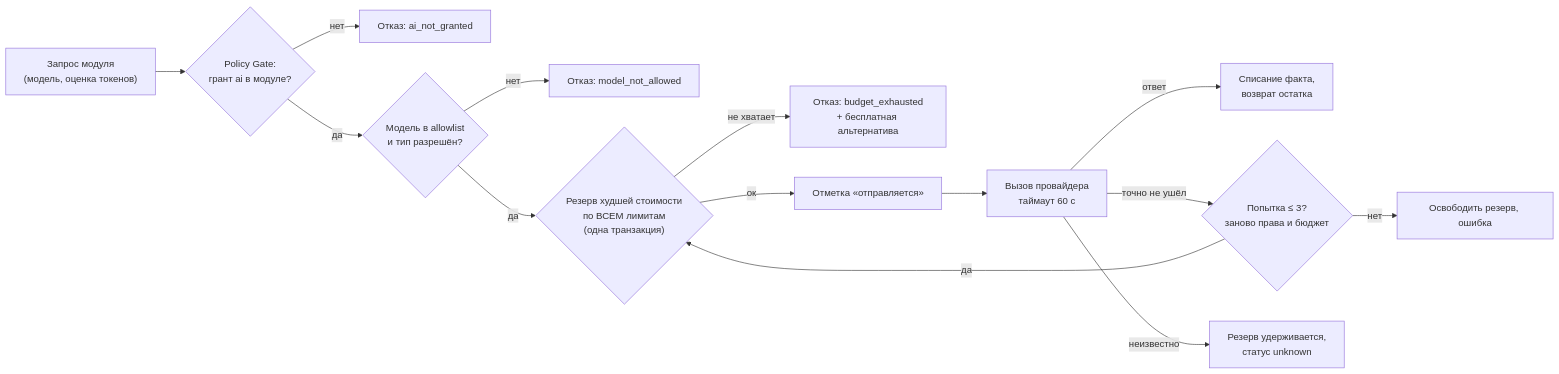
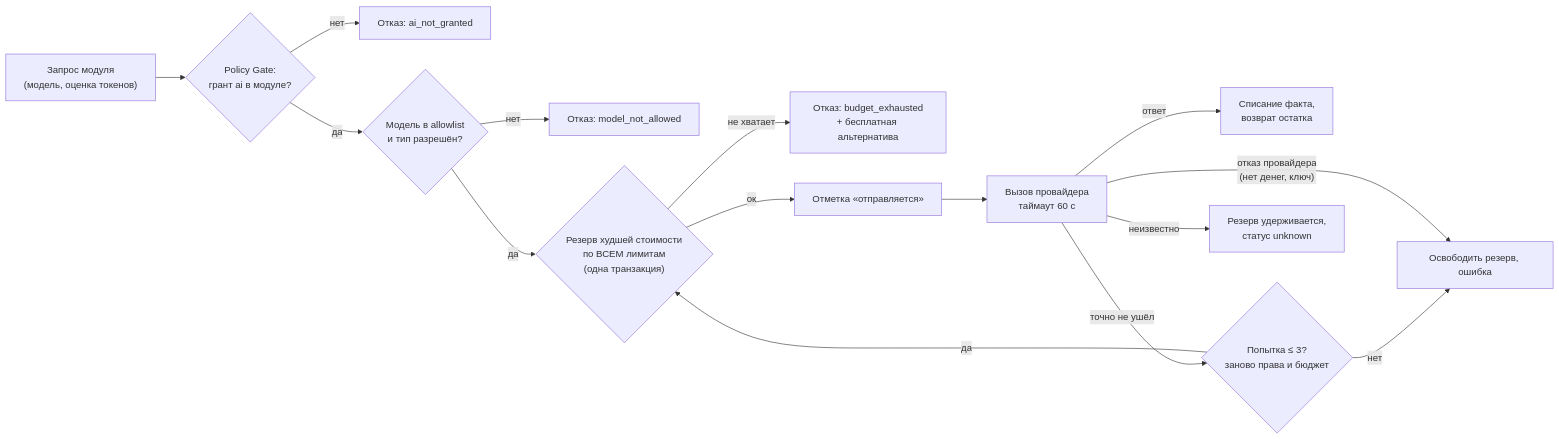
One commit to kirillkuz1122/qubite changed the diagram in docs/architecture/AI_COST_GUARD.md. Above: the diagram before and after it, drawn with Mermaid. The commit also changed other lines of this file and 37 other files, not shown here.

````diff
--- a/docs/architecture/AI_COST_GUARD.md
+++ b/docs/architecture/AI_COST_GUARD.md
@@ -9,15 +11,16 @@
 ```mermaid
 flowchart LR
     REQ["Запрос модуля<br/>(модель, оценка токенов)"] --> P{"Policy Gate:<br/>грант ai в модуле?"}
     P -- нет --> D1["Отказ: ai_not_granted"]
     P -- да --> M{"Модель в allowlist<br/>и тип разрешён?"}
     M -- нет --> D2["Отказ: model_not_allowed"]
     M -- да --> R{"Резерв худшей стоимости<br/>по ВСЕМ лимитам<br/>(одна транзакция)"}
     R -- не хватает --> D3["Отказ: budget_exhausted<br/>+ бесплатная альтернатива"]
     R -- ок --> S["Отметка «отправляется»"] --> CALL["Вызов провайдера<br/>таймаут 60 с"]
     CALL -- ответ --> SETTLE["Списание факта,<br/>возврат остатка"]
     CALL -- "точно не ушёл" --> RETRY{"Попытка ≤ 3?<br/>заново права и бюджет"}
     RETRY -- да --> R
     RETRY -- нет --> REL["Освободить резерв, ошибка"]
     CALL -- "неизвестно" --> HOLD["Резерв удерживается,<br/>статус unknown"]
+    CALL -- "отказ провайдера<br/>(нет денег, ключ)" --> REL
 ```
````
